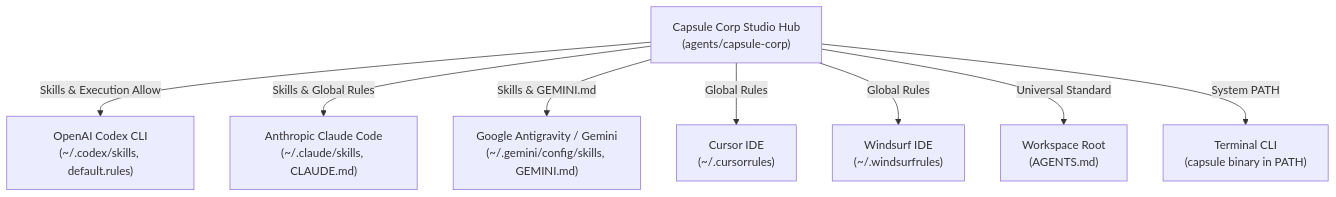
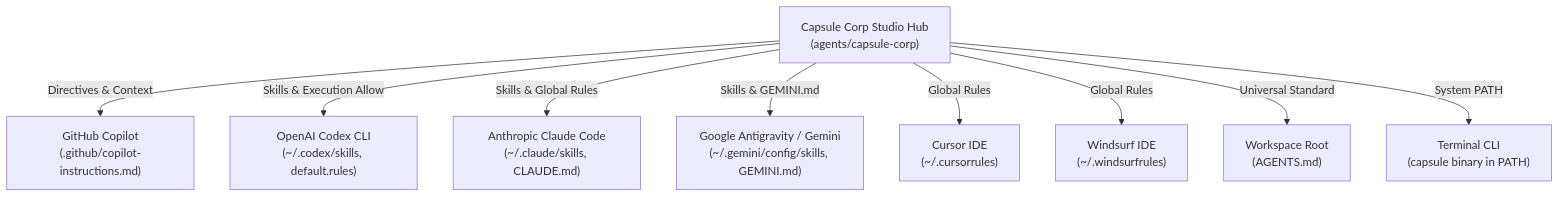
One commit to waystilos/capsule_corp changed the first of 2 diagrams in README.md. Above: the diagram before and after it, drawn with Mermaid. The commit also changed other lines of this file and 9 other files, not shown here.

Commit message:
feat(startup): add GitHub Copilot support, Android 17 (Security), Bulma (PRD/Spec), and Vegeta (DevOps)

````diff
--- a/README.md
+++ b/README.md
@@ -28,12 +31,13 @@
 ```mermaid
 flowchart TD
     Hub["Capsule Corp Studio Hub\n(agents/capsule-corp)"]
     
+    Hub -->|"Directives & Context"| Copilot["GitHub Copilot\n(.github/copilot-instructions.md)"]
     Hub -->|"Skills & Execution Allow"| Codex["OpenAI Codex CLI\n(~/.codex/skills, default.rules)"]
     Hub -->|"Skills & Global Rules"| Claude["Anthropic Claude Code\n(~/.claude/skills, CLAUDE.md)"]
     Hub -->|"Skills & GEMINI.md"| Gemini["Google Antigravity / Gemini\n(~/.gemini/config/skills, GEMINI.md)"]
     Hub -->|"Global Rules"| Cursor["Cursor IDE\n(~/.cursorrules)"]
     Hub -->|"Global Rules"| Windsurf["Windsurf IDE\n(~/.windsurfrules)"]
     Hub -->|"Universal Standard"| DevRoot["Workspace Root\n(AGENTS.md)"]
     Hub -->|"System PATH"| Terminal["Terminal CLI\n(capsule binary in PATH)"]
 ```
````
